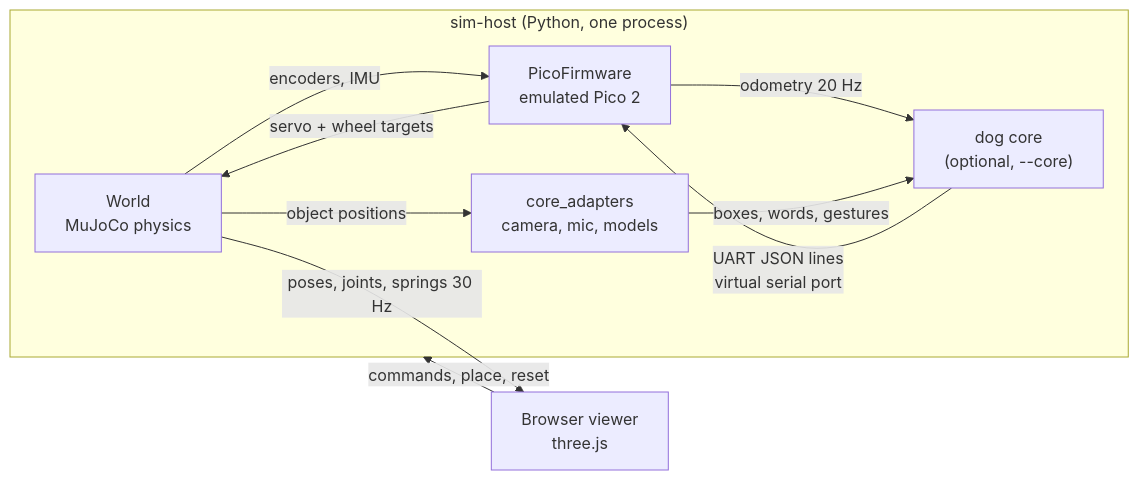
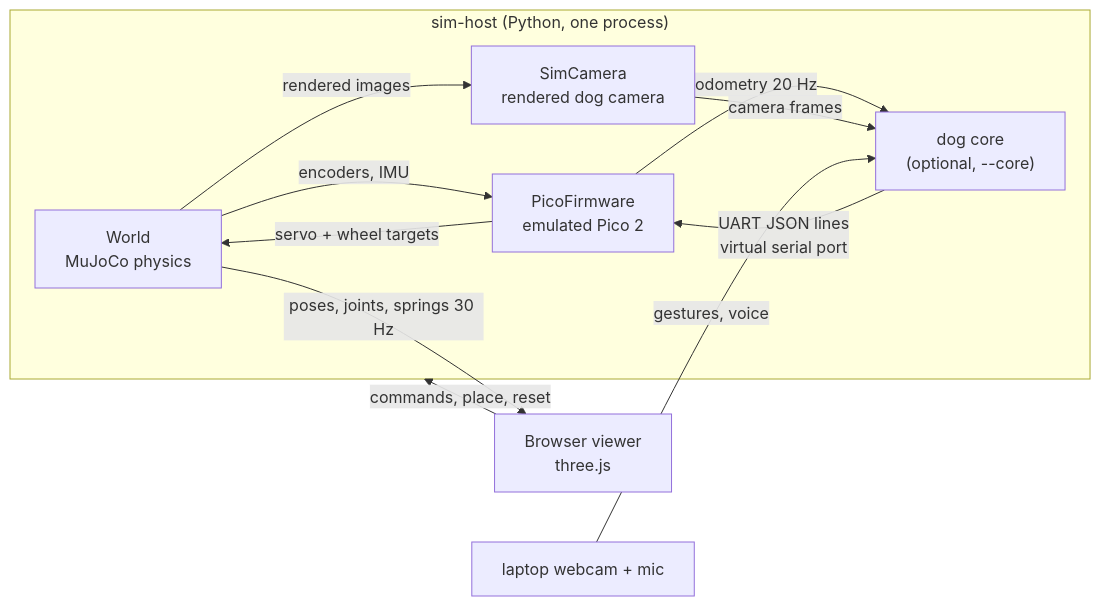
One commit to EriN-B/pren-software changed the diagram in docs/simulator/index.md. Above: the diagram before and after it, drawn with Mermaid. The commit also changed other lines of this file and 34 other files, not shown here.

First line of the commit message:
feat(sim): run the real core on rendered images and rebuild the viewer

````diff
--- a/docs/simulator/index.md
+++ b/docs/simulator/index.md
@@ -32,19 +33,20 @@
 ```mermaid
 flowchart LR
     subgraph host["sim-host (Python, one process)"]
         world["World<br/>MuJoCo physics"]
         pico["PicoFirmware<br/>emulated Pico 2"]
-        adapters["core_adapters<br/>camera, mic, models"]
+        adapters["SimCamera<br/>rendered dog camera"]
         core["dog core<br/>(optional, --core)"]
     end
     viewer["Browser viewer<br/>three.js"]
 
     core -- "UART JSON lines<br/>virtual serial port" --> pico
     pico -- "odometry 20 Hz" --> core
     pico -- "servo + wheel targets" --> world
     world -- "encoders, IMU" --> pico
-    world -- "object positions" --> adapters
-    adapters -- "boxes, words, gestures" --> core
+    world -- "rendered images" --> adapters
+    adapters -- "camera frames" --> core
+    laptop["laptop webcam + mic"] -- "gestures, voice" --> core
     world -- "poses, joints, springs 30 Hz" --> viewer
     viewer -- "commands, place, reset" --> host
 ```
````
